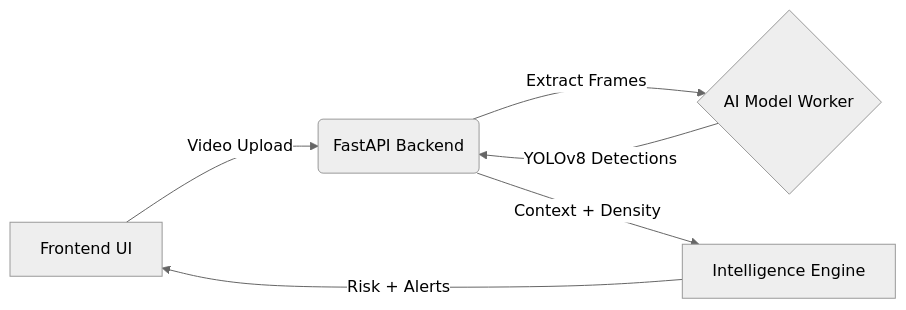
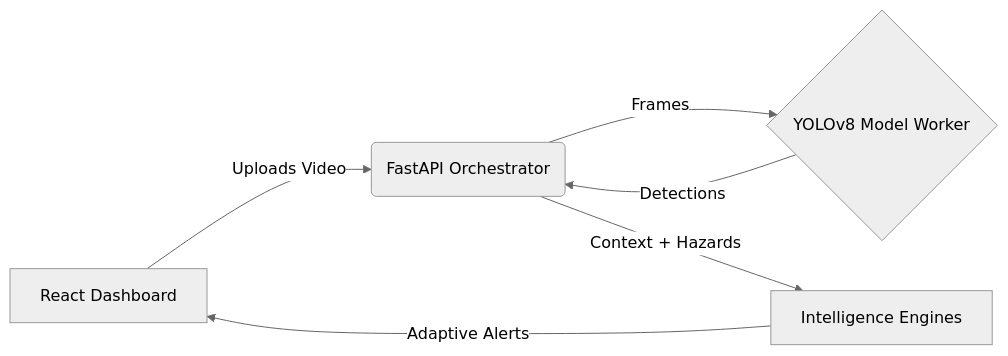
One commit to mdkamranalam/roadsense-ai changed the diagram in README.md. Above: the diagram before and after it, drawn with Mermaid (neutral theme). The commit also changed other lines of this file, not shown here.

````diff
--- a/README.md
+++ b/README.md
@@ -29,8 +34,8 @@
 ```mermaid
 graph LR
-    A[Frontend UI] -->|Video Upload| B(FastAPI Backend)
-    B -->|Extract Frames| C{AI Model Worker}
-    C -->|YOLOv8 Detections| B
-    B -->|Context + Density| D[Intelligence Engine]
-    D -->|Risk + Alerts| A
+    A[React Dashboard] -->|Uploads Video| B(FastAPI Orchestrator)
+    B -->|Frames| C{YOLOv8 Model Worker}
+    C -->|Detections| B
+    B -->|Context + Hazards| D[Intelligence Engines]
+    D -->|Adaptive Alerts| A
 ```
````
